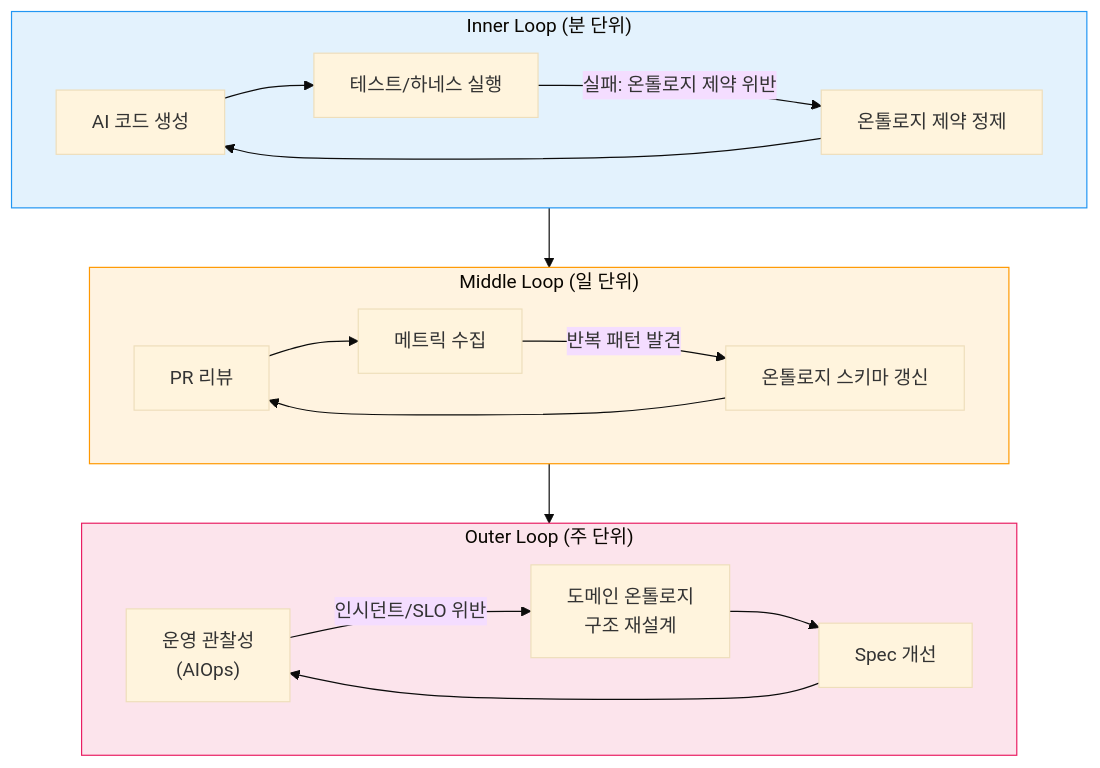
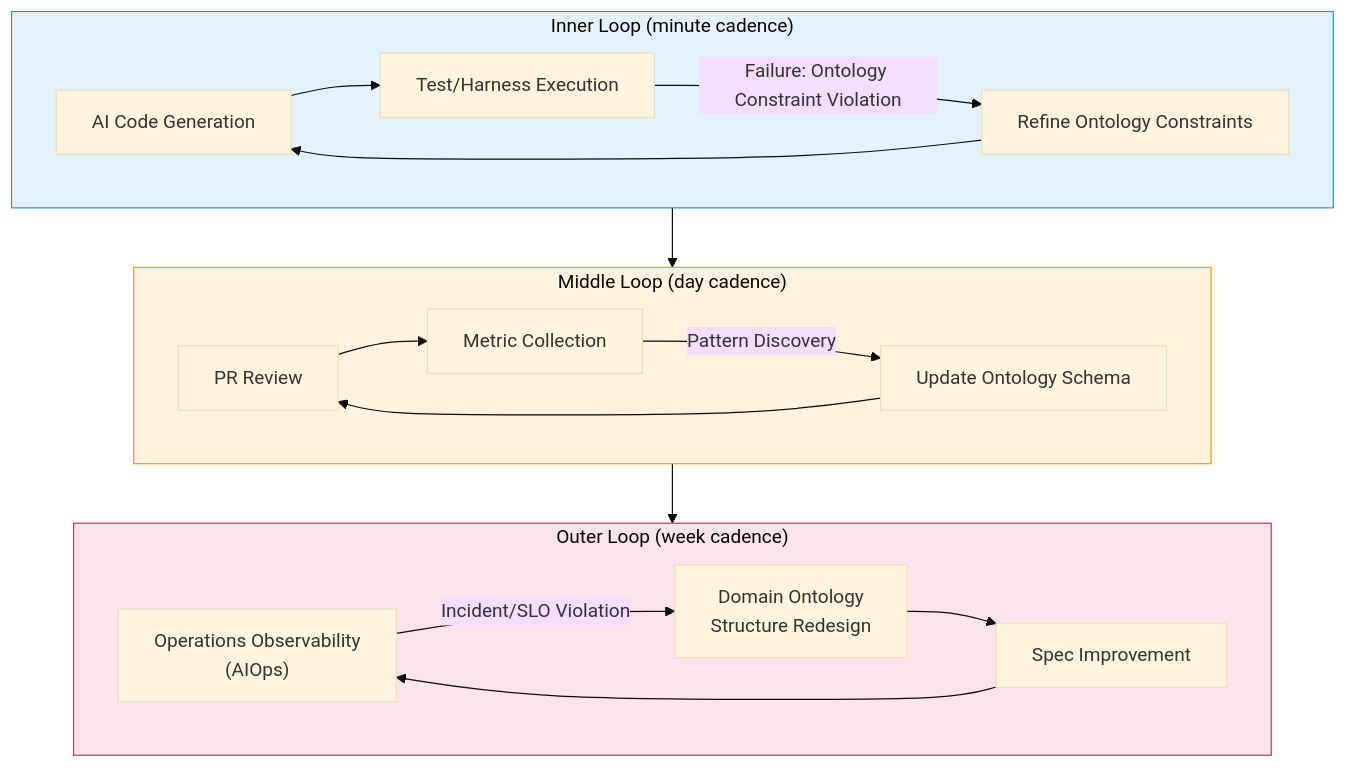
One commit to devfloor9/engineering-playbook changed the first of 5 diagrams in docs/aidlc/methodology/ontology-engineering.md. Above: the diagram before and after it, drawn with Mermaid (base theme). The commit also changed other lines of this file and 954 other files, not shown here.

````diff
--- a/docs/aidlc/methodology/ontology-engineering.md
+++ b/docs/aidlc/methodology/ontology-engineering.md
@@ -200,27 +196,27 @@
 ```mermaid
 graph TD
-    subgraph Inner["Inner Loop (분 단위)"]
-        GEN["AI 코드 생성"] --> TEST["테스트/하네스 실행"]
-        TEST -->|"실패: 온톨로지 제약 위반"| REFINE["온톨로지 제약 정제"]
+    subgraph Inner["Inner Loop (minute cadence)"]
+        GEN["AI Code Generation"] --> TEST["Test/Harness Execution"]
+        TEST -->|"Failure: Ontology Constraint Violation"| REFINE["Refine Ontology Constraints"]
         REFINE --> GEN
     end
 
-    subgraph Middle["Middle Loop (일 단위)"]
-        PR["PR 리뷰"] --> METRIC["메트릭 수집"]
-        METRIC -->|"반복 패턴 발견"| SCHEMA["온톨로지 스키마 갱신"]
+    subgraph Middle["Middle Loop (day cadence)"]
+        PR["PR Review"] --> METRIC["Metric Collection"]
+        METRIC -->|"Pattern Discovery"| SCHEMA["Update Ontology Schema"]
         SCHEMA --> PR
     end
 
-    subgraph Outer["Outer Loop (주 단위)"]
-        OBS["운영 관찰성<br/>(AIOps)"] -->|"인시던트/SLO 위반"| REDESIGN["도메인 온톨로지<br/>구조 재설계"]
-        REDESIGN --> SPEC["Spec 개선"]
+    subgraph Outer["Outer Loop (week cadence)"]
+        OBS["Operations Observability<br/>(AIOps)"] -->|"Incident/SLO Violation"| REDESIGN["Domain Ontology<br/>Structure Redesign"]
+        REDESIGN --> SPEC["Spec Improvement"]
         SPEC --> OBS
     end
 
     Inner --> Middle
     Middle --> Outer
 
     style Inner fill:#e3f2fd,stroke:#2196f3
     style Middle fill:#fff3e0,stroke:#ff9800
     style Outer fill:#fce4ec,stroke:#e91e63
 ```
````
